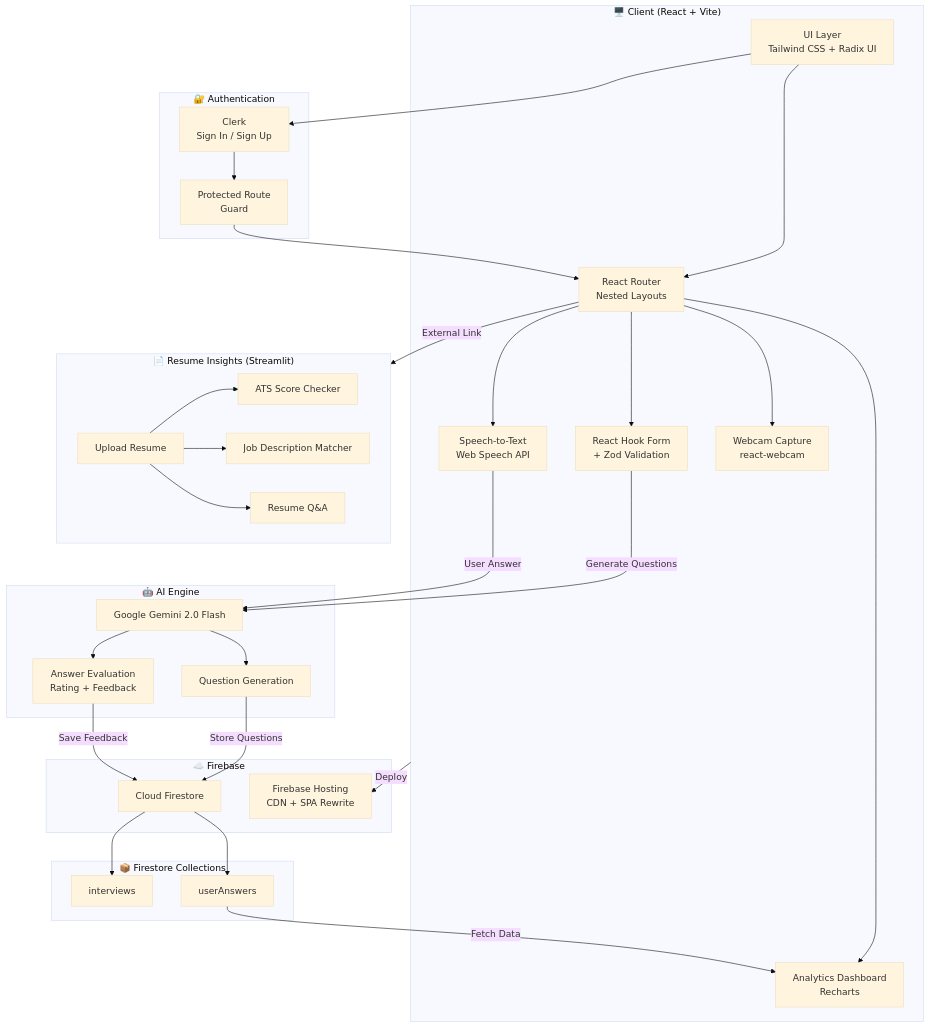
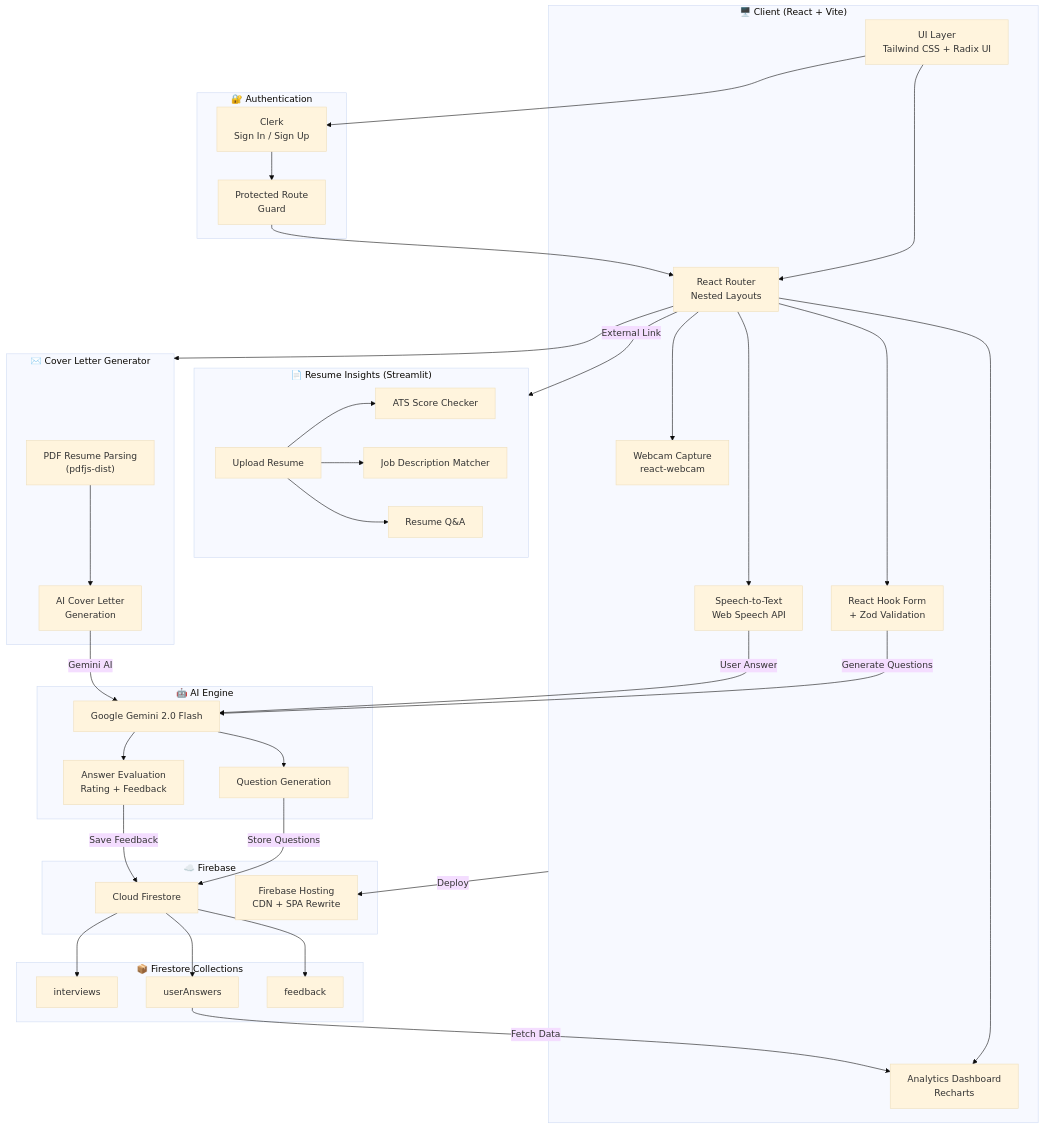
Before and after one commit to anant5441/Ai-Mock-Interview: the first of 2 diagrams in README.md, drawn with Mermaid (base theme). The commit also changed other lines of this file and 1 other file, not shown here.

````diff
--- a/README.md
+++ b/README.md
@@ -175,68 +182,78 @@
 ```mermaid
 graph TB
     subgraph Client["🖥️ Client (React + Vite)"]
         UI["UI Layer<br/>Tailwind CSS + Radix UI"]
         Router["React Router<br/>Nested Layouts"]
         Forms["React Hook Form<br/>+ Zod Validation"]
         STT["Speech-to-Text<br/>Web Speech API"]
         Webcam["Webcam Capture<br/>react-webcam"]
         Charts["Analytics Dashboard<br/>Recharts"]
     end
 
     subgraph Auth["🔐 Authentication"]
         Clerk["Clerk<br/>Sign In / Sign Up"]
         Protected["Protected Route<br/>Guard"]
     end
 
     subgraph AI["🤖 AI Engine"]
         Gemini["Google Gemini 2.0 Flash"]
         QGen["Question Generation"]
         AEval["Answer Evaluation<br/>Rating + Feedback"]
     end
 
     subgraph Backend["☁️ Firebase"]
         Firestore["Cloud Firestore"]
         Hosting["Firebase Hosting<br/>CDN + SPA Rewrite"]
     end
 
     subgraph Data["📦 Firestore Collections"]
         Interviews["interviews"]
         UserAnswers["userAnswers"]
+        FeedbackCol["feedback"]
     end
 
     UI --> Router
     Router --> Forms
     Router --> STT
     Router --> Webcam
     Router --> Charts
 
     UI --> Clerk
     Clerk --> Protected
     Protected --> Router
 
     Forms -->|"Generate Questions"| Gemini
     Gemini --> QGen
     QGen -->|"Store Questions"| Firestore
 
     STT -->|"User Answer"| Gemini
     Gemini --> AEval
     AEval -->|"Save Feedback"| Firestore
 
     Firestore --> Interviews
     Firestore --> UserAnswers
+    Firestore --> FeedbackCol
     UserAnswers -->|"Fetch Data"| Charts
 
     Client -->|"Deploy"| Hosting
 
     subgraph ResumeApp["📄 Resume Insights (Streamlit)"]
         ResumeUpload["Upload Resume"]
         ATSCheck["ATS Score Checker"]
         JDMatch["Job Description Matcher"]
         ResumeQA["Resume Q&A"]
     end
 
+    subgraph CoverLetter["✉️ Cover Letter Generator"]
+        PDFParse["PDF Resume Parsing<br/>(pdfjs-dist)"]
+        CLGen["AI Cover Letter<br/>Generation"]
+    end
+
     Router -->|"External Link"| ResumeApp
     ResumeUpload --> ATSCheck
     ResumeUpload --> JDMatch
     ResumeUpload --> ResumeQA
+    Router --> CoverLetter
+    PDFParse --> CLGen
+    CLGen -->|"Gemini AI"| Gemini
 ```
````
